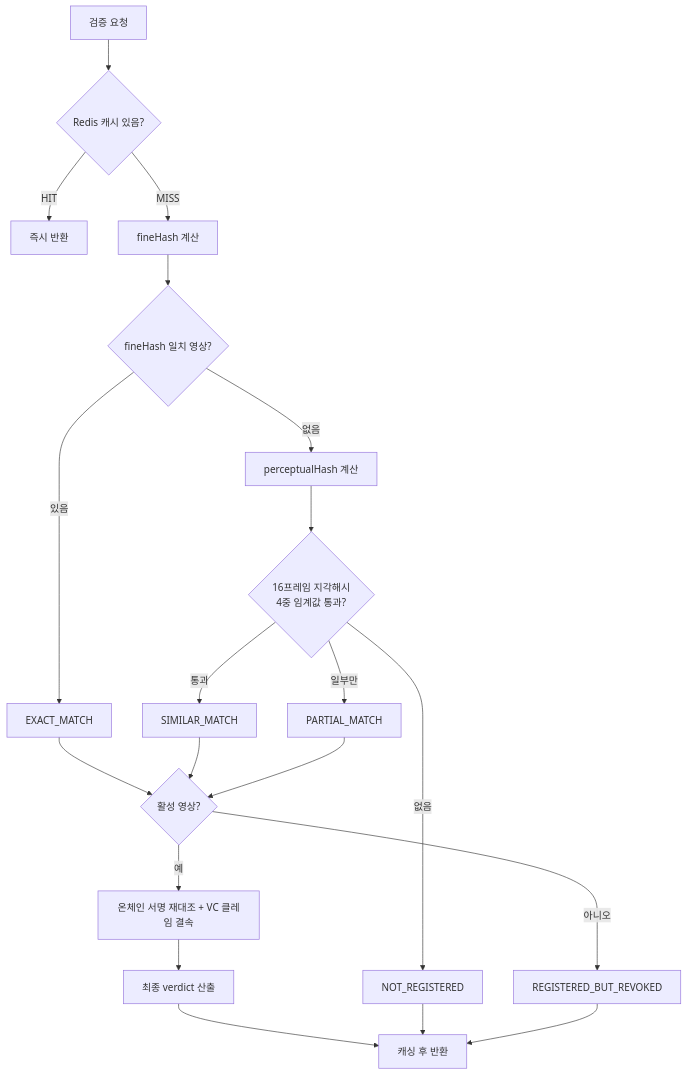
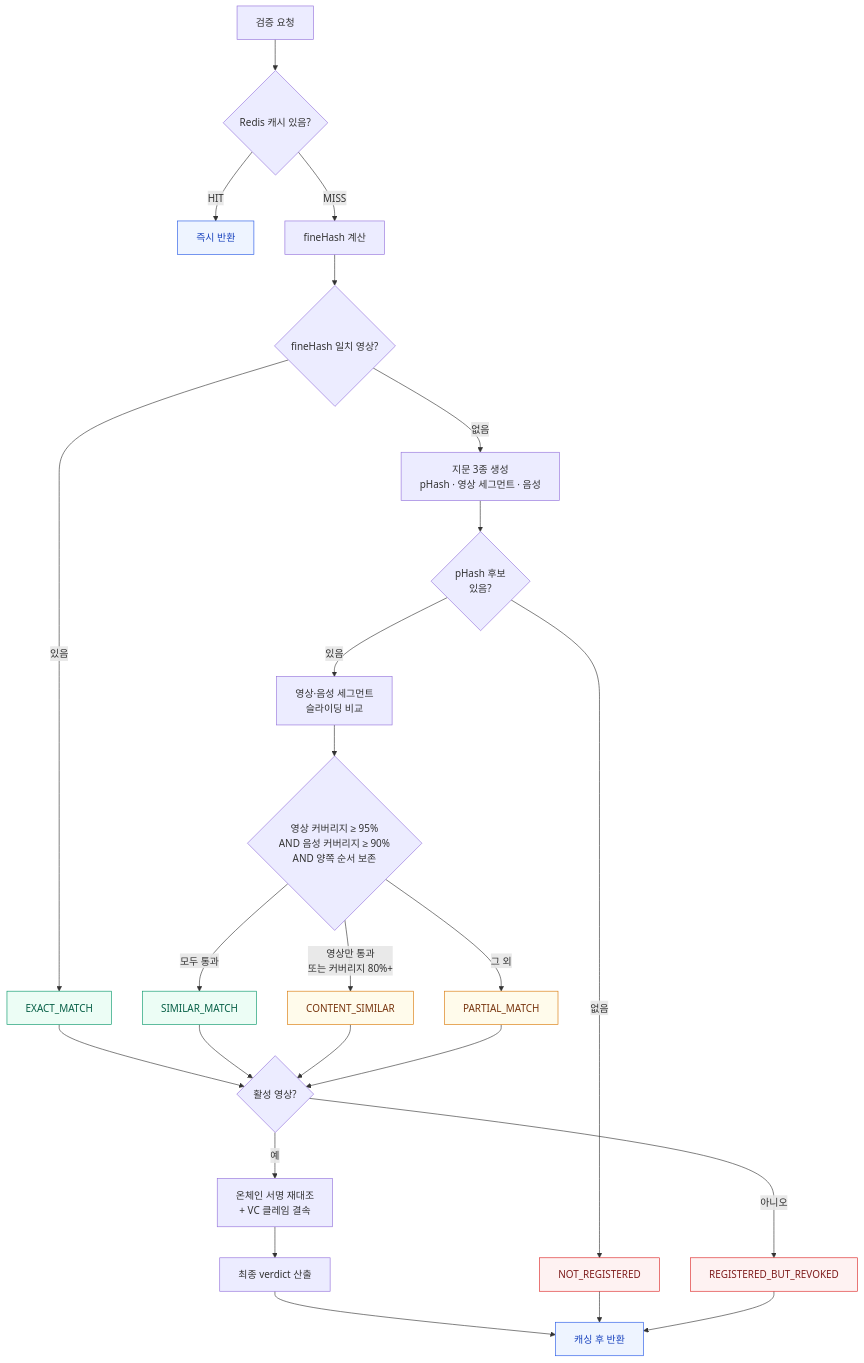
The diagram in dev-center/docs/developers/flows/video-verify.md (2026-hackathon-Jinbon/jinbon-docs), drawn with Mermaid before and after one commit. The commit also changed other lines of this file and 11 other files, not shown here.

````diff
--- a/dev-center/docs/developers/flows/video-verify.md
+++ b/dev-center/docs/developers/flows/video-verify.md
@@ -12,22 +14,34 @@
 ```mermaid
 flowchart TD
   START[검증 요청] --> CACHE{Redis 캐시 있음?}
-  CACHE -->|HIT| RET[즉시 반환]
+  CACHE -->|HIT| RET[즉시 반환]:::done
   CACHE -->|MISS| FINE[fineHash 계산]
   FINE --> EXACT{fineHash 일치 영상?}
-  EXACT -->|있음| BUILD[EXACT_MATCH]
-  EXACT -->|없음| PH[perceptualHash 계산]
-  PH --> SIM{16프레임 지각해시<br/>4중 임계값 통과?}
-  SIM -->|없음| NR[NOT_REGISTERED]
-  SIM -->|일부만| PM[PARTIAL_MATCH]
-  SIM -->|통과| SM[SIMILAR_MATCH]
-  BUILD --> CHECK
+  EXACT -->|있음| EM[EXACT_MATCH]:::ok
+  EXACT -->|없음| FP[지문 3종 생성<br/>pHash · 영상 세그먼트 · 음성]
+
+  FP --> CAND{pHash 후보<br/>있음?}
+  CAND -->|없음| NR[NOT_REGISTERED]:::no
+  CAND -->|있음| SEG[영상·음성 세그먼트<br/>슬라이딩 비교]
+
+  SEG --> J{영상 커버리지 ≥ 95%<br/>AND 음성 커버리지 ≥ 90%<br/>AND 양쪽 순서 보존}
+  J -->|모두 통과| SM[SIMILAR_MATCH]:::ok
+  J -->|영상만 통과<br/>또는 커버리지 80%+| CS[CONTENT_SIMILAR]:::warn
+  J -->|그 외| PM[PARTIAL_MATCH]:::warn
+
+  EM --> CHECK
   SM --> CHECK
+  CS --> CHECK
   PM --> CHECK
-  CHECK{활성 영상?} -->|아니오| REV[REGISTERED_BUT_REVOKED]
-  CHECK -->|예| BC[온체인 서명 재대조 + VC 클레임 결속]
+  CHECK{활성 영상?} -->|아니오| REV[REGISTERED_BUT_REVOKED]:::no
+  CHECK -->|예| BC[온체인 서명 재대조<br/>+ VC 클레임 결속]
   BC --> FINAL[최종 verdict 산출]
-  FINAL --> CACHE2[캐싱 후 반환]
+  FINAL --> CACHE2[캐싱 후 반환]:::done
   NR --> CACHE2
   REV --> CACHE2
+
+  classDef ok fill:#ECFDF5,stroke:#059669,color:#065F46
+  classDef warn fill:#FFFBEB,stroke:#D97706,color:#78350F
+  classDef no fill:#FEF2F2,stroke:#DC2626,color:#7F1D1D
+  classDef done fill:#EEF4FF,stroke:#2457E6,color:#1943BE
 ```
````
